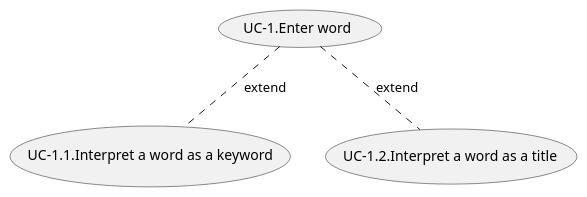
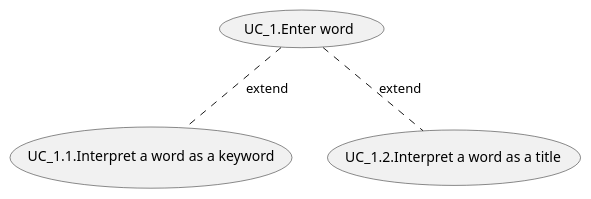
Before and after one commit to azarashin/Word2VecSOM: the diagram in web/doc/usecase_chart/UC_1.pu, drawn with PlantUML. The commit also changed 5 other files, not shown here.

```diff
--- a/web/doc/usecase_chart/UC_1.pu
+++ b/web/doc/usecase_chart/UC_1.pu
@@ -1,6 +1,6 @@
 @startuml
 
-(UC-1.Enter word) .. (UC-1.1.Interpret a word as a keyword) : extend
-(UC-1.Enter word) .. (UC-1.2.Interpret a word as a title) : extend
+(UC_1.Enter word) .. (UC_1.1.Interpret a word as a keyword) : extend
+(UC_1.Enter word) .. (UC_1.2.Interpret a word as a title) : extend
 
 @enduml
```
